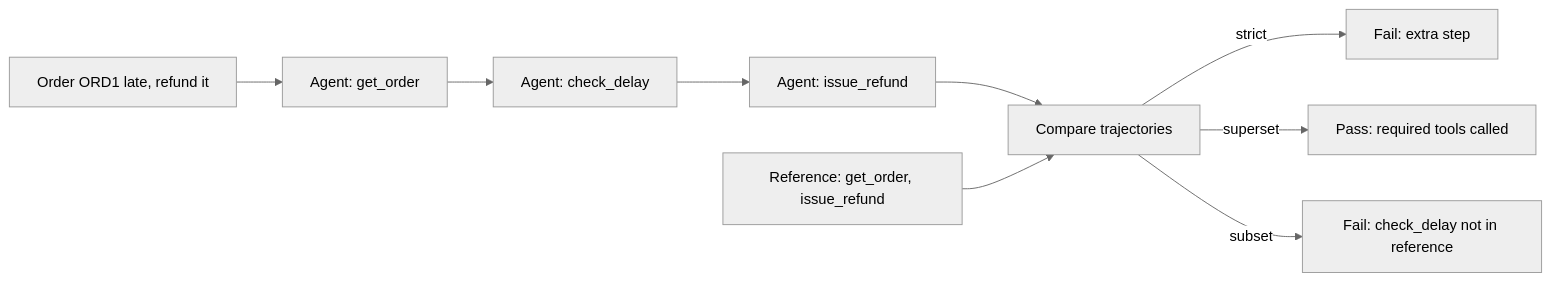
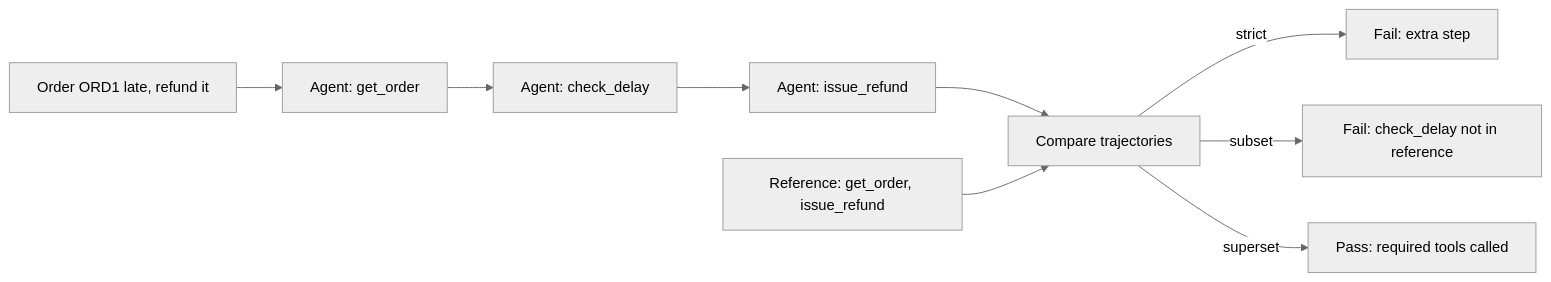
The fourth of 9 diagrams in content-en/11-agentic/09-agent-evals.md (flow6979/viewinter), drawn with Mermaid (neutral theme) before and after one commit. The commit also changed other lines of this file and 26 other files, not shown here.

First line of the commit message:
Agentic AI: rewrite all 13 pages to explain from scratch; animate diagrams on every article

````diff
--- a/content-en/11-agentic/09-agent-evals.md
+++ b/content-en/11-agentic/09-agent-evals.md
@@ -74,11 +193,11 @@
 ```mermaid
 flowchart LR
     Q["Order ORD1 late, refund it"] --> A1["Agent: get_order"]
     A1 --> A2["Agent: check_delay"]
     A2 --> A3["Agent: issue_refund"]
     A3 --> CMP["Compare trajectories"]
     RF["Reference: get_order, issue_refund"] --> CMP
     CMP -->|strict| F1["Fail: extra step"]
+    CMP -->|subset| F2["Fail: check_delay not in reference"]
     CMP -->|superset| P1["Pass: required tools called"]
-    CMP -->|subset| F2["Fail: check_delay not in reference"]
 ```
````
